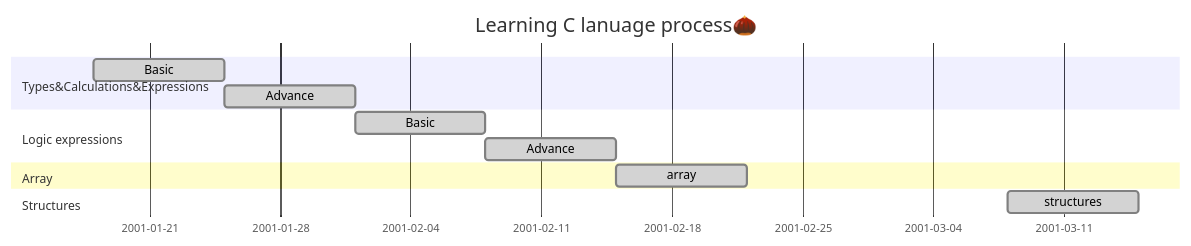
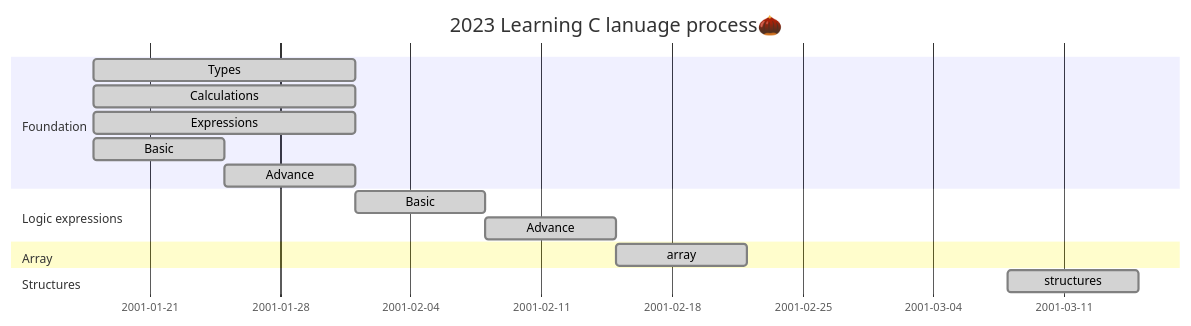
Before and after one commit to AimeeWen1992/Learning-C: the second of 2 diagrams in README.md, drawn with Mermaid.

````diff
--- a/README.md
+++ b/README.md
@@ -32,20 +32,22 @@
 ```mermaid
 gantt
-title Learning C lanuage process🌰
-dateFormat YYYY-mm-dd
-
-section Types&Calculations&Expressions
+title 2023 Learning C lanuage process🌰
+dateFormat mm-dd
+section Foundation
+        Types        :done,01-18,14d
+        Calculations :done,01-18,14d
+        Expressions  :done,01-18,14d
         Basic   :done,01-18,7d
         Advance :done,01-25,7d
 
 section Logic expressions
         Basic   :done,des1,02-01,7d
         Advance :done,des2,after des1,7d
 
 section Array
         array :done,02-15,7d
 
 section Structures
         structures :done,03-08,7d
 
 ```
````
